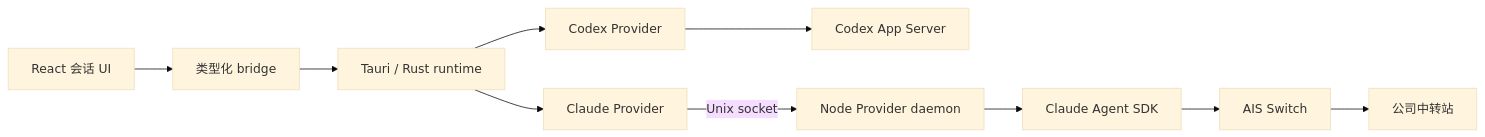
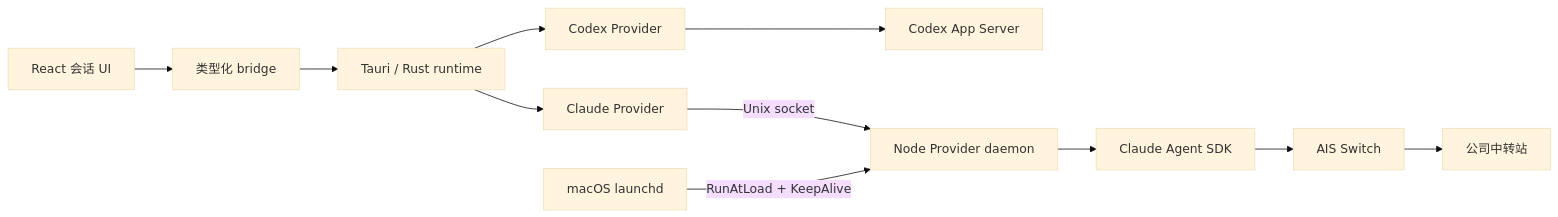
One commit to q871795224/codex-harness changed the diagram in docs/claude-provider-tech-design.md. Above: the diagram before and after it, drawn with Mermaid (base theme). The commit also changed other lines of this file and 3 other files, not shown here.

````diff
--- a/docs/claude-provider-tech-design.md
+++ b/docs/claude-provider-tech-design.md
@@ -56,12 +56,13 @@
 ```mermaid
 flowchart LR
     UI[React 会话 UI] --> Bridge[类型化 bridge]
     Bridge --> Rust[Tauri / Rust runtime]
     Rust --> Codex[Codex Provider]
     Codex --> AppServer[Codex App Server]
     Rust --> Claude[Claude Provider]
     Claude -->|Unix socket| Daemon[Node Provider daemon]
+    Launchd[macOS launchd] -->|RunAtLoad + KeepAlive| Daemon
     Daemon --> SDK[Claude Agent SDK]
     SDK --> AIS[AIS Switch]
     AIS --> Gateway[公司中转站]
 ```
````
